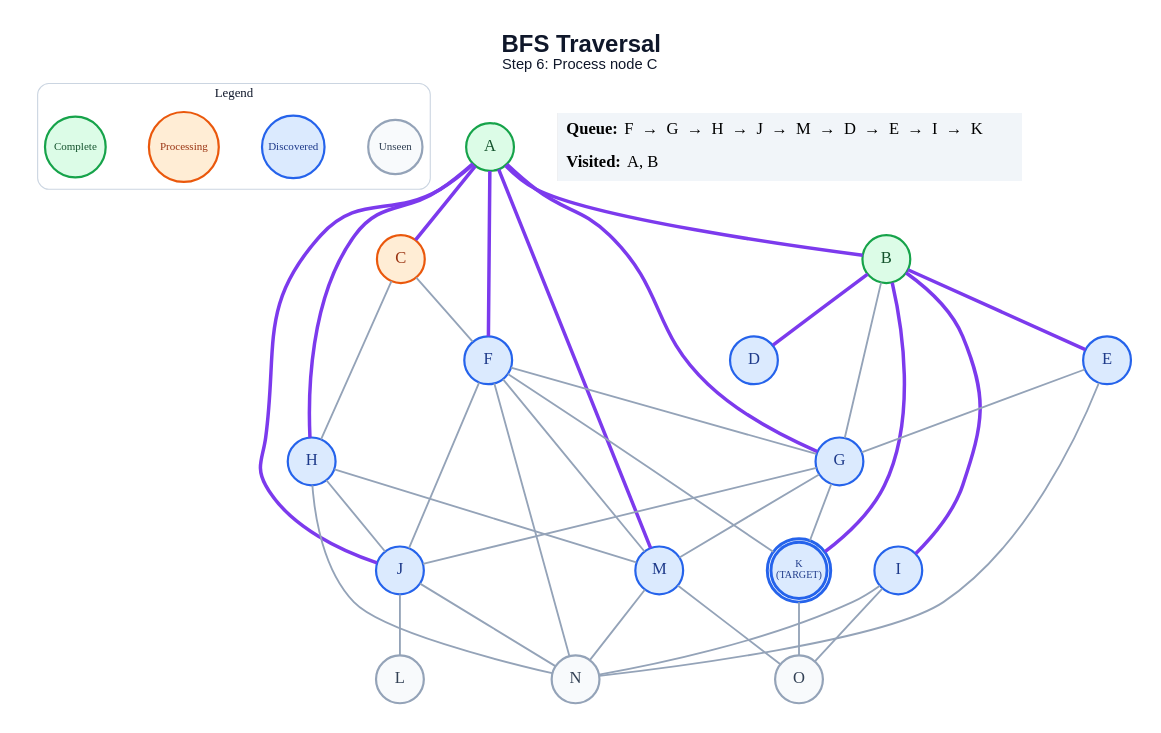
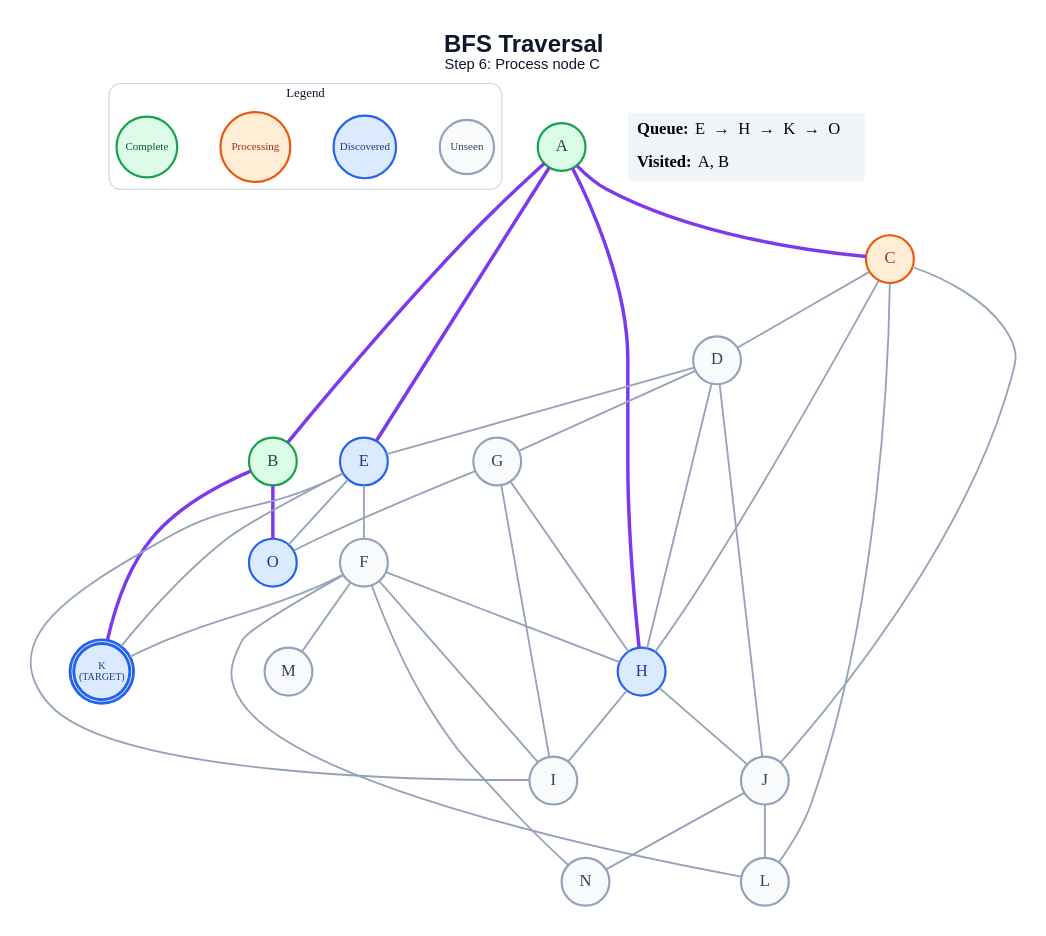
Before and after one commit to anon7238593-create/ai-slop: the diagram in generated/specific-node/bfs/step_06.dot, drawn with Graphviz. The commit also changed 217 other files, not shown here.

```diff
--- a/generated/specific-node/bfs/step_06.dot
+++ b/generated/specific-node/bfs/step_06.dot
@@ -1,68 +1,65 @@
 graph traversal {
   graph [layout=dot, rankdir=TB, bgcolor="#FFFFFF", pad="0.35", nodesep="0.65", ranksep="0.8", fontname="Arial"];
   node [shape=circle, style="filled", fontname="Arial Bold", fontsize=18, width=0.72, fixedsize=true, penwidth=2.4];
   edge [color="#94A3B8", penwidth=2.0];
   label=<<B>BFS Traversal</B><BR/><FONT POINT-SIZE="16">Step 6: Process node C</FONT>>; labelloc="t"; fontsize=26; fontname="Arial"; fontcolor="#0F172A";
   subgraph cluster_legend { label="Legend"; color="#CBD5E1"; penwidth=1.2; style="rounded"; fontsize=14; fontname="Arial Bold";
     key_unseen [label="Unseen", fillcolor="#F8FAFC", color="#94A3B8", fontcolor="#334155", fontsize=12, width=0.82];
     key_frontier [label="Discovered", fillcolor="#DBEAFE", color="#2563EB", fontcolor="#1E3A8A", fontsize=12, width=0.95];
     key_current [label="Processing", fillcolor="#FFEDD5", color="#EA580C", fontcolor="#9A3412", fontsize=12, width=1.05];
     key_done [label="Complete", fillcolor="#DCFCE7", color="#16A34A", fontcolor="#14532D", fontsize=12, width=0.92];
     { rank=same; key_unseen; key_frontier; key_current; key_done; }
   }
   A [label="A", fillcolor="#DCFCE7", color="#16A34A", fontcolor="#14532D", peripheries=1, penwidth=2.4];
   B [label="B", fillcolor="#DCFCE7", color="#16A34A", fontcolor="#14532D", peripheries=1, penwidth=2.4];
   C [label="C", fillcolor="#FFEDD5", color="#EA580C", fontcolor="#9A3412", peripheries=1, penwidth=2.4];
-  D [label="D", fillcolor="#DBEAFE", color="#2563EB", fontcolor="#1E3A8A", peripheries=1, penwidth=2.4];
+  D [label="D", fillcolor="#F8FAFC", color="#94A3B8", fontcolor="#334155", peripheries=1, penwidth=2.4];
   E [label="E", fillcolor="#DBEAFE", color="#2563EB", fontcolor="#1E3A8A", peripheries=1, penwidth=2.4];
-  F [label="F", fillcolor="#DBEAFE", color="#2563EB", fontcolor="#1E3A8A", peripheries=1, penwidth=2.4];
-  G [label="G", fillcolor="#DBEAFE", color="#2563EB", fontcolor="#1E3A8A", peripheries=1, penwidth=2.4];
+  F [label="F", fillcolor="#F8FAFC", color="#94A3B8", fontcolor="#334155", peripheries=1, penwidth=2.4];
+  G [label="G", fillcolor="#F8FAFC", color="#94A3B8", fontcolor="#334155", peripheries=1, penwidth=2.4];
   H [label="H", fillcolor="#DBEAFE", color="#2563EB", fontcolor="#1E3A8A", peripheries=1, penwidth=2.4];
-  I [label="I", fillcolor="#DBEAFE", color="#2563EB", fontcolor="#1E3A8A", peripheries=1, penwidth=2.4];
-  J [label="J", fillcolor="#DBEAFE", color="#2563EB", fontcolor="#1E3A8A", peripheries=1, penwidth=2.4];
+  I [label="I", fillcolor="#F8FAFC", color="#94A3B8", fontcolor="#334155", peripheries=1, penwidth=2.4];
+  J [label="J", fillcolor="#F8FAFC", color="#94A3B8", fontcolor="#334155", peripheries=1, penwidth=2.4];
   K [label="K\n(TARGET)", fillcolor="#DBEAFE", color="#2563EB", fontcolor="#1E3A8A", peripheries=2, penwidth=3.2, fontsize=11, width=0.85, height=0.85];
   L [label="L", fillcolor="#F8FAFC", color="#94A3B8", fontcolor="#334155", peripheries=1, penwidth=2.4];
-  M [label="M", fillcolor="#DBEAFE", color="#2563EB", fontcolor="#1E3A8A", peripheries=1, penwidth=2.4];
+  M [label="M", fillcolor="#F8FAFC", color="#94A3B8", fontcolor="#334155", peripheries=1, penwidth=2.4];
   N [label="N", fillcolor="#F8FAFC", color="#94A3B8", fontcolor="#334155", peripheries=1, penwidth=2.4];
-  O [label="O", fillcolor="#F8FAFC", color="#94A3B8", fontcolor="#334155", peripheries=1, penwidth=2.4];
+  O [label="O", fillcolor="#DBEAFE", color="#2563EB", fontcolor="#1E3A8A", peripheries=1, penwidth=2.4];
   A -- B [color="#7C3AED", penwidth=3.8];
   A -- C [color="#7C3AED", penwidth=3.8];
-  A -- F [color="#7C3AED", penwidth=3.8];
-  A -- G [color="#7C3AED", penwidth=3.8];
+  A -- E [color="#7C3AED", penwidth=3.8];
   A -- H [color="#7C3AED", penwidth=3.8];
-  A -- J [color="#7C3AED", penwidth=3.8];
-  A -- M [color="#7C3AED", penwidth=3.8];
-  B -- D [color="#7C3AED", penwidth=3.8];
-  B -- E [color="#7C3AED", penwidth=3.8];
-  B -- G;
-  B -- I [color="#7C3AED", penwidth=3.8];
   B -- K [color="#7C3AED", penwidth=3.8];
-  C -- F;
+  B -- O [color="#7C3AED", penwidth=3.8];
+  C -- D;
   C -- H;
-  E -- G;
-  E -- N;
-  F -- G;
-  F -- J;
+  C -- J;
+  C -- L;
+  D -- E;
+  D -- G;
+  D -- H;
+  D -- J;
+  E -- F;
+  E -- I;
+  E -- K;
+  E -- O;
+  F -- H;
+  F -- I;
   F -- K;
+  F -- L;
   F -- M;
   F -- N;
-  G -- J;
-  G -- K;
-  G -- M;
+  G -- H;
+  G -- I;
+  G -- O;
+  H -- I;
   H -- J;
-  H -- M;
-  H -- N;
-  I -- N;
-  I -- O;
   J -- L;
   J -- N;
-  K -- O;
-  M -- N;
-  M -- O;
   status [shape=plain, fixedsize=false, width=0, height=0, margin=0, label=<
     <TABLE BORDER="0" CELLBORDER="0" CELLPADDING="7" BGCOLOR="#F1F5F9">
-      <TR><TD ALIGN="LEFT"><B>Queue:</B> F  →  G  →  H  →  J  →  M  →  D  →  E  →  I  →  K</TD></TR>
+      <TR><TD ALIGN="LEFT"><B>Queue:</B> E  →  H  →  K  →  O</TD></TR>
       <TR><TD ALIGN="LEFT"><B>Visited:</B> A, B</TD></TR>
     </TABLE>
   >];
 }
```
